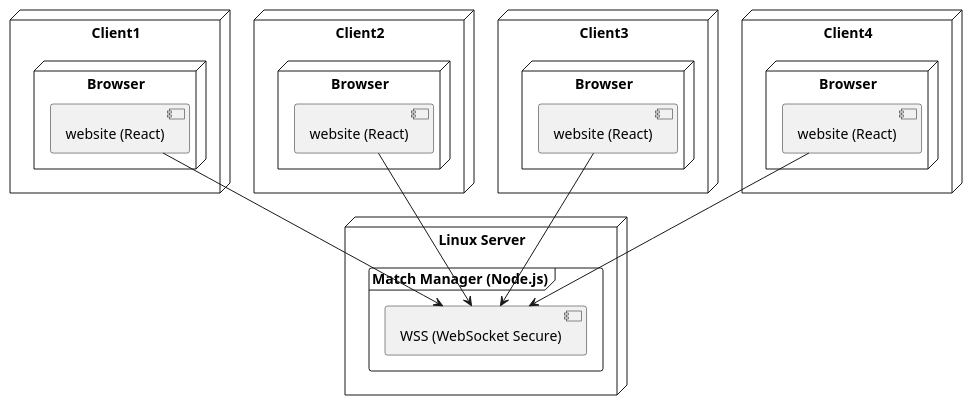
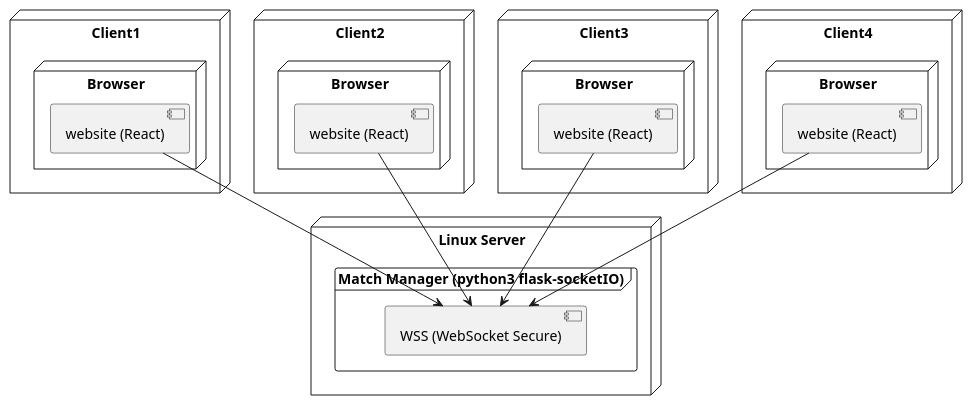
One commit to ris8z/2brain changed the diagram in 2_notes/plantuml/2024-10-22_plantuml_networkdiagram.md. Above: the diagram before and after it, drawn with PlantUML. The commit also changed 7 other files, not shown here.

````diff
--- a/2_notes/plantuml/2024-10-22_plantuml_networkdiagram.md
+++ b/2_notes/plantuml/2024-10-22_plantuml_networkdiagram.md
@@ -8,42 +8,42 @@
 ```plantuml
 @startuml
 
 node "Linux Server" {
-    frame "Match Manager (Node.js)" {
+    frame "Match Manager (python3 flask-socketIO)" {
         component "WSS (WebSocket Secure)" as WSS
     }
 }
 
 node Client1 {
     node "Browser" as c1 {
         component "website (React)" as WB1
     }
 }
 
 node Client2 {
     node "Browser" as c2 {
         component "website (React)" as WB2
     }
 }
 
 node Client3 {
     node "Browser" as c3 {
         component "website (React)" as WB3
     }
 }
 
 node Client4 {
     node "Browser" as c4 {
         component "website (React)" as WB4
     }
 }
 
 
 
 WB1 --> WSS 
 WB2 --> WSS 
 WB3 --> WSS 
 WB4 --> WSS 
 
 @enduml
 ```
````
